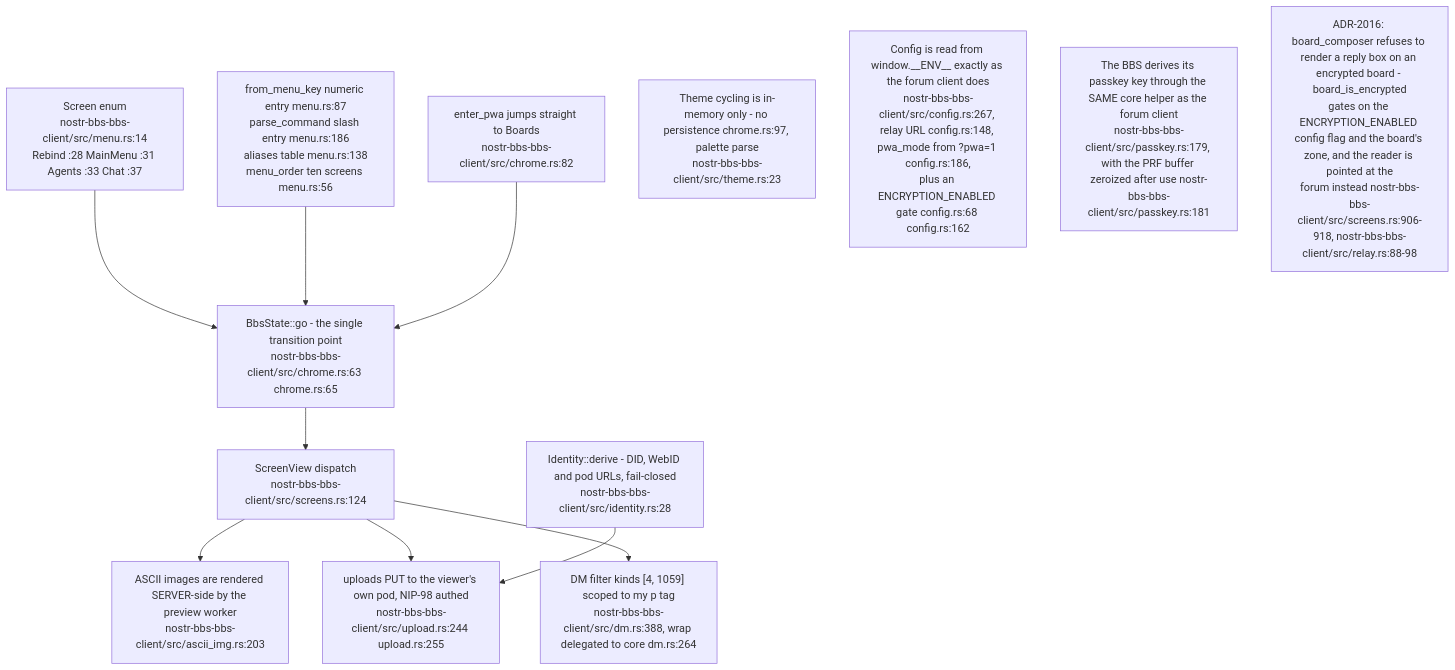
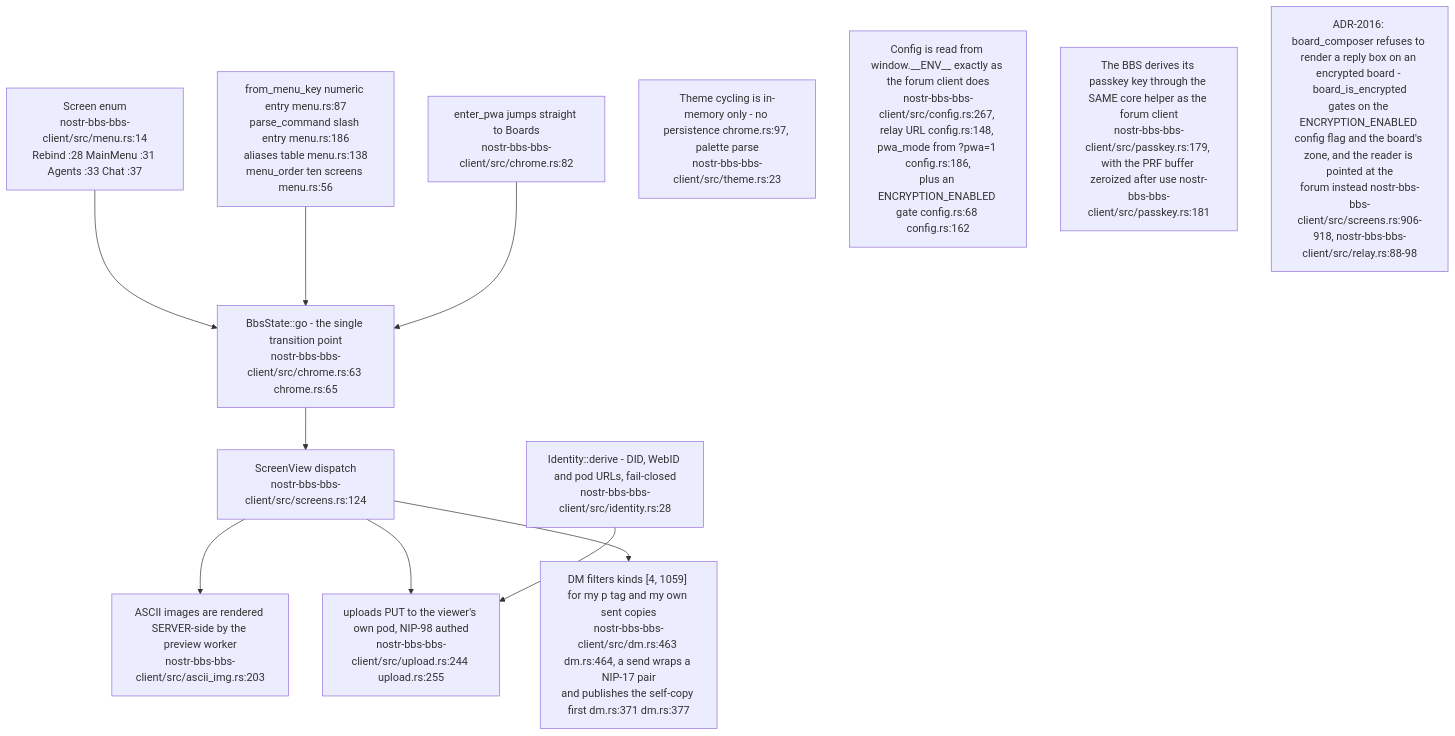
Diagram 12 of 20 in docs/diagrams/nostr-rust-forum/05-leptos-clients-onboarding-messaging-governance.md (DreamLab-AI/VisionFlow), drawn with Mermaid before and after one commit. The commit also changed other lines of this file, not shown here.

First line of the commit message:
docs(diagrams): re-verify NF-05 at nostr-rust-forum af4f0d5

````diff
--- a/docs/diagrams/nostr-rust-forum/05-leptos-clients-onboarding-messaging-governance.md
+++ b/docs/diagrams/nostr-rust-forum/05-leptos-clients-onboarding-messaging-governance.md
@@ -399,23 +412,23 @@
 ```mermaid
 flowchart TB
     ENUM["Screen enum<br/>nostr-bbs-bbs-client/src/menu.rs:14<br/>Rebind :28 MainMenu :31 Agents :33 Chat :37"]
     GO["BbsState::go - the single transition point<br/>nostr-bbs-bbs-client/src/chrome.rs:63 chrome.rs:65"]
     KEYS["from_menu_key numeric entry menu.rs:87<br/>parse_command slash entry menu.rs:186<br/>aliases table menu.rs:138<br/>menu_order ten screens menu.rs:56"]
     VIEW["ScreenView dispatch<br/>nostr-bbs-bbs-client/src/screens.rs:124"]
     PWAENTER["enter_pwa jumps straight to Boards<br/>nostr-bbs-bbs-client/src/chrome.rs:82"]
     ASCII["ASCII images are rendered SERVER-side by the preview worker<br/>nostr-bbs-bbs-client/src/ascii_img.rs:203"]
     UP["uploads PUT to the viewer's own pod, NIP-98 authed<br/>nostr-bbs-bbs-client/src/upload.rs:244 upload.rs:255"]
     IDENT["Identity::derive - DID, WebID and pod URLs, fail-closed<br/>nostr-bbs-bbs-client/src/identity.rs:28"]
-    DMB["DM filter kinds [4, 1059] scoped to my p tag<br/>nostr-bbs-bbs-client/src/dm.rs:388, wrap delegated to core dm.rs:264"]
+    DMB["DM filters kinds [4, 1059] for my p tag and my own sent copies<br/>nostr-bbs-bbs-client/src/dm.rs:463 dm.rs:464, a send wraps a NIP-17 pair<br/>and publishes the self-copy first dm.rs:371 dm.rs:377"]
 
     ENUM --> GO --> VIEW
     KEYS --> GO
     PWAENTER --> GO
     VIEW --> ASCII & UP & DMB
     IDENT --> UP
 
     N1["Theme cycling is in-memory only - no persistence chrome.rs:97, palette parse<br/>nostr-bbs-bbs-client/src/theme.rs:23"]
     N2["Config is read from window.__ENV__ exactly as the forum client does<br/>nostr-bbs-bbs-client/src/config.rs:267, relay URL config.rs:148, pwa_mode from ?pwa=1 config.rs:186,<br/>plus an ENCRYPTION_ENABLED gate config.rs:68 config.rs:162"]
     N3["The BBS derives its passkey key through the SAME core helper as the forum client<br/>nostr-bbs-bbs-client/src/passkey.rs:179, with the PRF buffer zeroized after use nostr-bbs-bbs-client/src/passkey.rs:181"]
     N4["ADR-2016: board_composer refuses to render a reply box on an encrypted board - board_is_encrypted<br/>gates on the ENCRYPTION_ENABLED config flag and the board's zone, and the reader is pointed at the<br/>forum instead nostr-bbs-bbs-client/src/screens.rs:906-918, nostr-bbs-bbs-client/src/relay.rs:88-98"]
 ```
````
